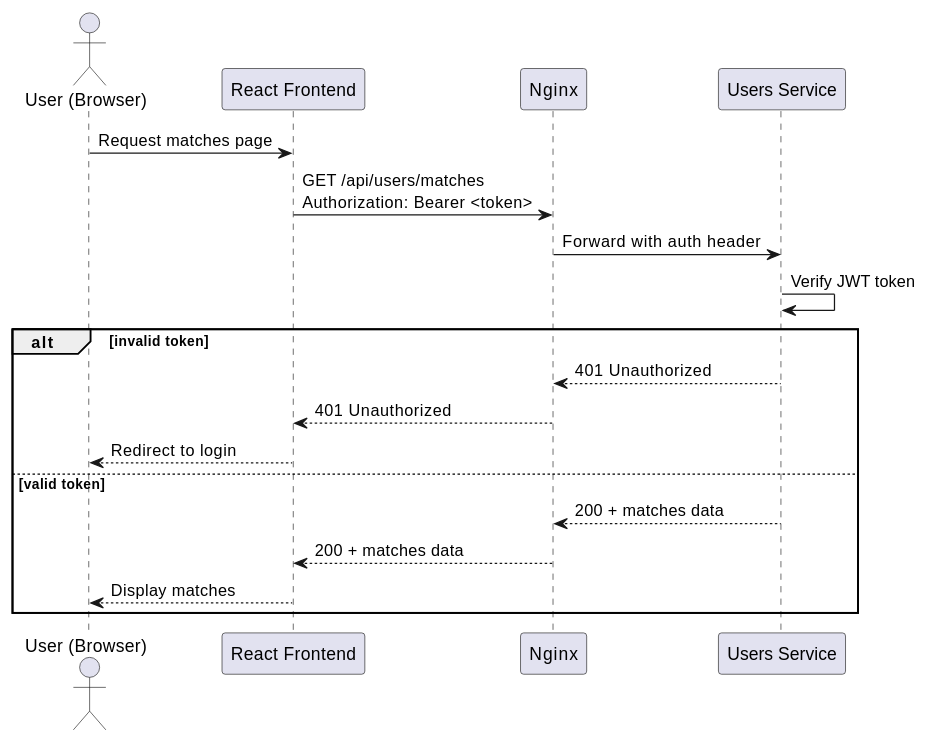
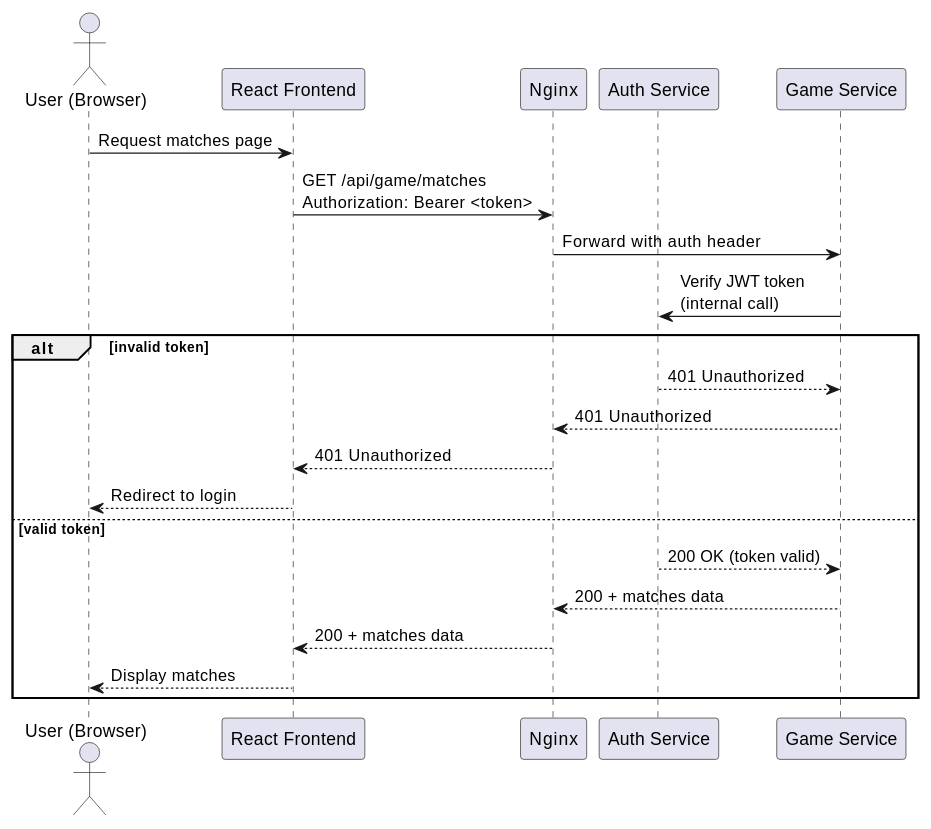
The second of 6 diagrams in docs/src/06_runtime_view.adoc (Arquisoft/yovi_es1c), drawn with PlantUML before and after one commit. The commit also changed other lines of this file and 11 other files, not shown here.

```diff
--- a/docs/src/06_runtime_view.adoc
+++ b/docs/src/06_runtime_view.adoc
@@ -45,22 +45,25 @@
 [plantuml, "runtime-auth-check", png]
 ----
 actor "User (Browser)" as Human
 participant "React Frontend" as Frontend
 participant "Nginx" as Nginx
-participant "Users Service" as Users
+participant "Auth Service" as Auth
+participant "Game Service" as GameService
 
 Human -> Frontend: Request matches page
-Frontend -> Nginx: GET /api/users/matches\nAuthorization: Bearer <token>
-Nginx -> Users: Forward with auth header
-Users -> Users: Verify JWT token
+Frontend -> Nginx: GET /api/game/matches\nAuthorization: Bearer <token>
+Nginx -> GameService: Forward with auth header
+GameService -> Auth: Verify JWT token\n(internal call)
 
 alt invalid token
-  Users --> Nginx: 401 Unauthorized
+  Auth --> GameService: 401 Unauthorized
+  GameService --> Nginx: 401 Unauthorized
   Nginx --> Frontend: 401 Unauthorized
   Frontend --> Human: Redirect to login
 else valid token
-  Users --> Nginx: 200 + matches data
+  Auth --> GameService: 200 OK (token valid)
+  GameService --> Nginx: 200 + matches data
   Nginx --> Frontend: 200 + matches data
   Frontend --> Human: Display matches
 end
 ----
```
